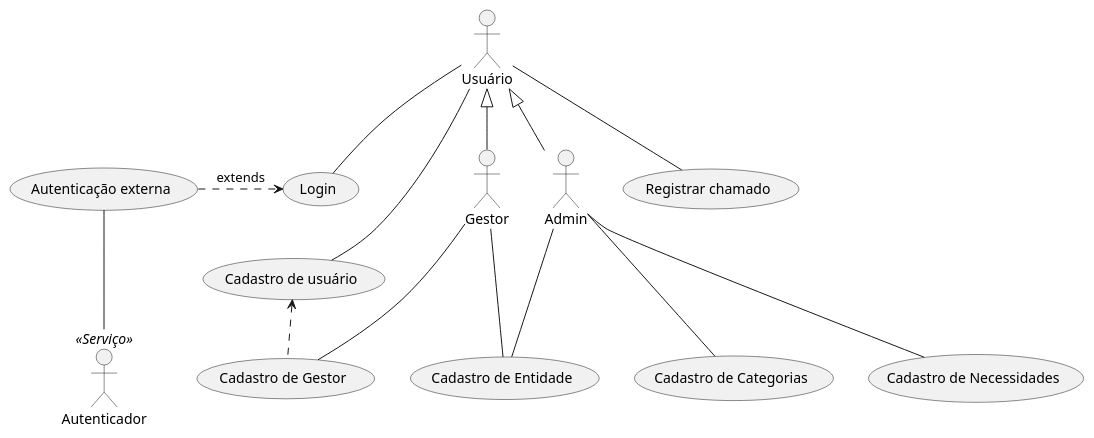
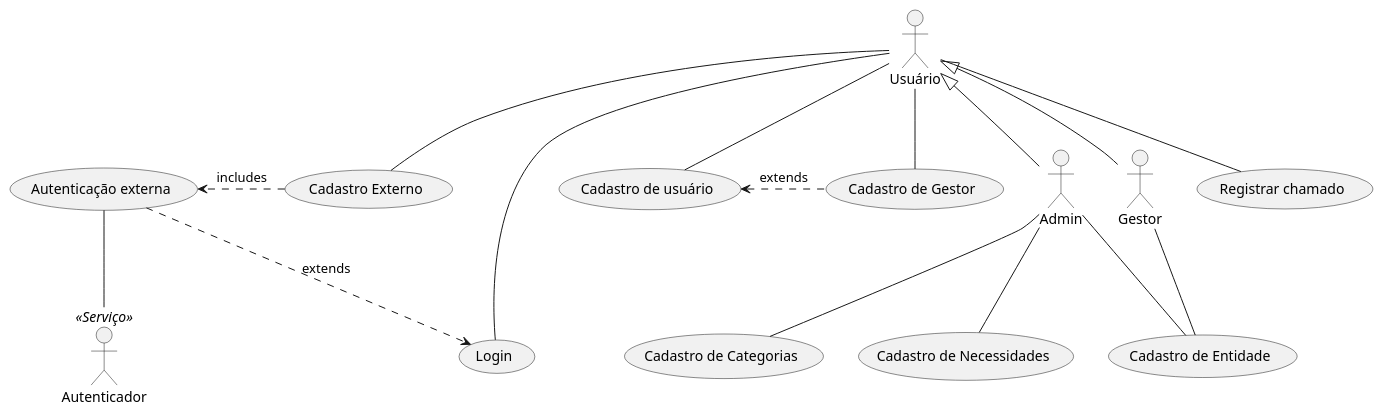
The diagram in docs/UML/siscourb.puml (mihailov-vf/siscourb), drawn with PlantUML before and after one commit. The commit also changed 3 other files, not shown here.

Commit message:
Adição de casos de usos parciais de registro de chamados e pequenas alterações no modelo UML

```diff
--- a/docs/UML/siscourb.puml
+++ b/docs/UML/siscourb.puml
@@ -1,26 +1,30 @@
 @startuml
 :Usuário:
 :Admin:
 :Gestor:
 :Autenticador: <<Serviço>>
 
 Usuário <|-- Admin
 Usuário <|-- Gestor
 
-Usuário -- (Login)
+Usuário --- (Login)
 (Autenticação externa) .> (Login) : extends
 (Autenticação externa) -- Autenticador
 
+(Cadastro Externo) .> (Autenticação externa) : includes
+
 Usuário -- (Cadastro de usuário)
+Usuário -- (Cadastro Externo)
+
 (Cadastro de usuário) <.(Cadastro de Gestor)  : extends
-Gestor -- (Cadastro de Gestor)
+Usuário -- (Cadastro de Gestor)
 
 Admin -- (Cadastro de Entidade)
 Gestor -- (Cadastro de Entidade)
 
 Admin -- (Cadastro de Categorias)
 Admin -- (Cadastro de Necessidades)
 
 Usuário -- (Registrar chamado)
 
 @enduml
```
